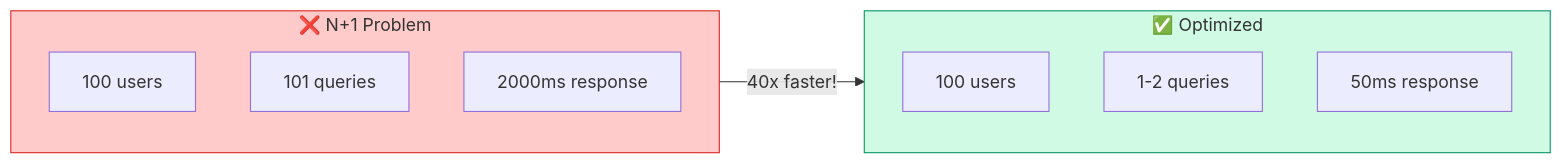
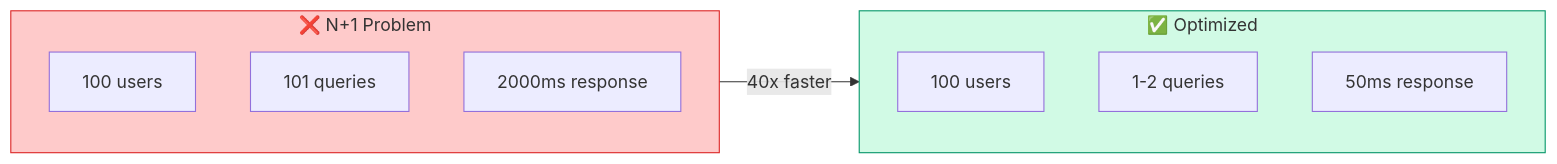
One commit to rilov/handbook changed the ninth of 25 diagrams in _topics/scaling-api-1-to-1-million-rps.md. Above: the diagram before and after it, drawn with Mermaid. The commit also changed other lines of this file and 2 other files, not shown here.

Commit message:
mermaid diagram upgrade

```diff
--- a/_topics/scaling-api-1-to-1-million-rps.md
+++ b/_topics/scaling-api-1-to-1-million-rps.md
@@ -365,21 +365,21 @@
 <div class="mermaid">
 flowchart LR
     subgraph problem["❌ N+1 Problem"]
         direction TB
         P1["100 users"]
         P2["101 queries"]
         P3["2000ms response"]
     end
     
     subgraph solution["✅ Optimized"]
         direction TB
         S1["100 users"]
         S2["1-2 queries"]
         S3["50ms response"]
     end
     
-    problem --> |"40x faster!"| solution
+    problem -->|40x faster| solution
     
     style problem fill:#fecaca,stroke:#dc2626
     style solution fill:#d1fae5,stroke:#059669
 </div>
```
